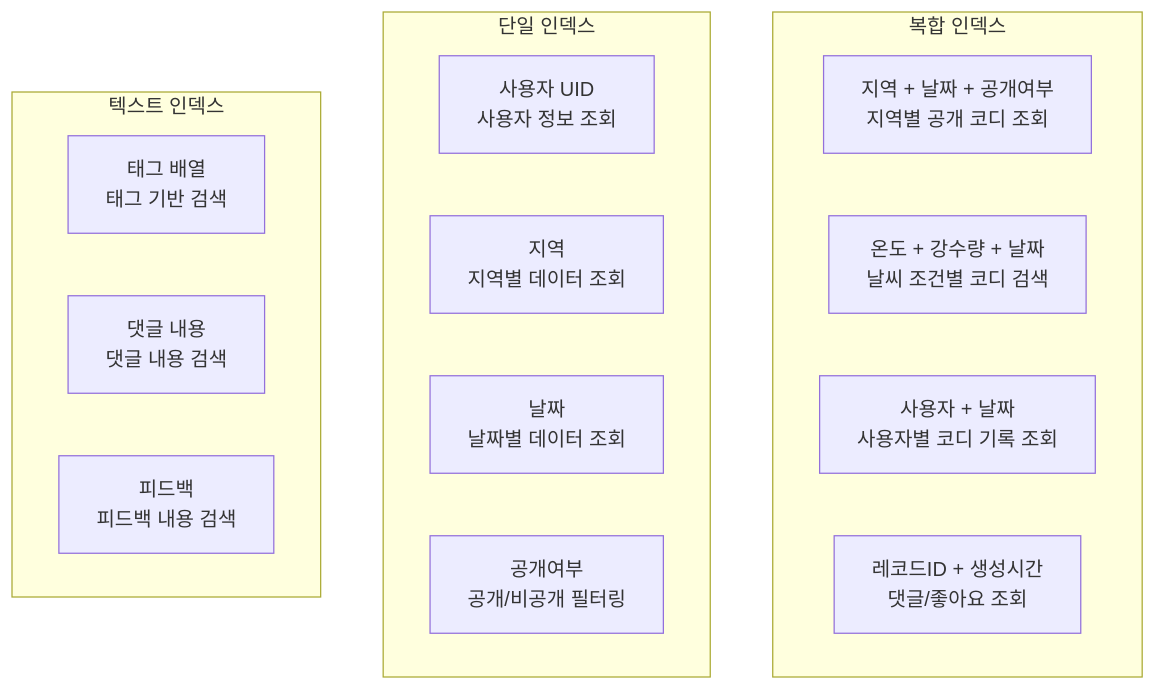
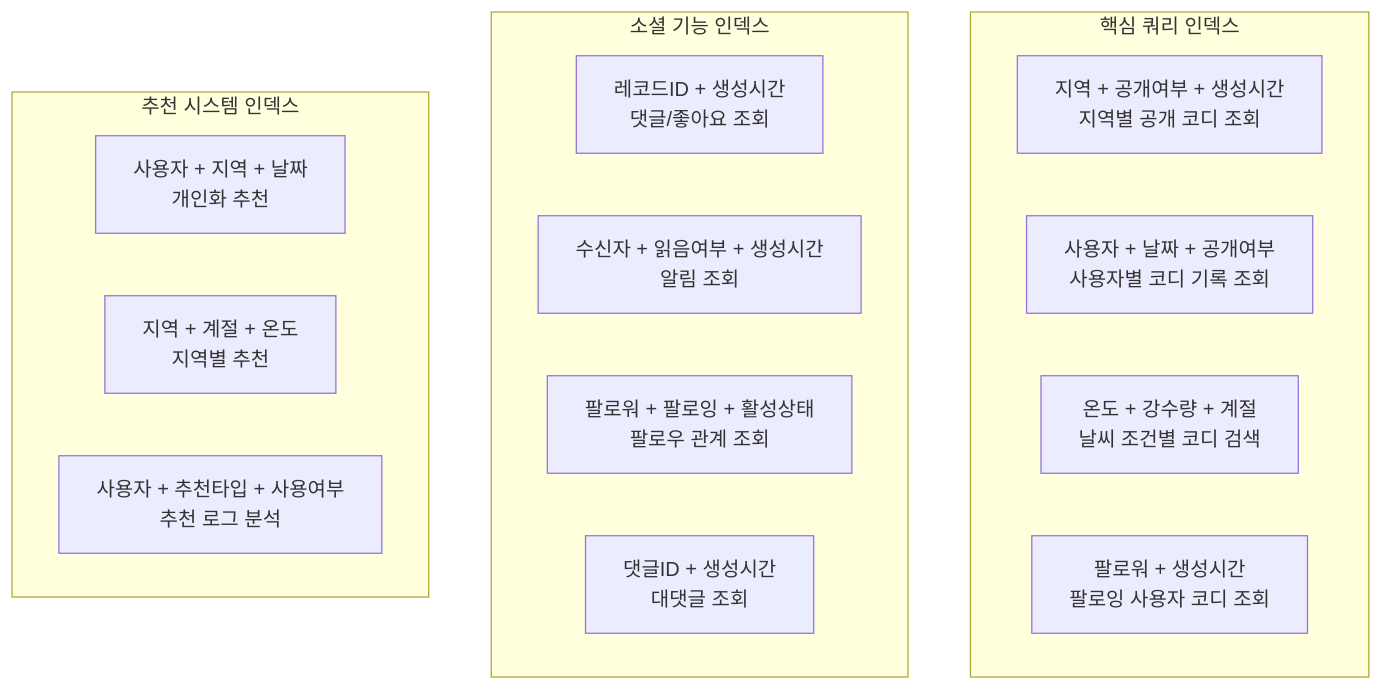
One commit to suengyeon/fitweather changed the sixth of 9 diagrams in ERD_Diagram.md. Above: the diagram before and after it, drawn with Mermaid. The commit also changed other lines of this file and 12 other files, not shown here.

````diff
--- a/ERD_Diagram.md
+++ b/ERD_Diagram.md
@@ -213,22 +270,22 @@
 ```mermaid
 graph TB
-    subgraph "복합 인덱스"
-        Index1[지역 + 날짜 + 공개여부<br/>지역별 공개 코디 조회]
-        Index2[온도 + 강수량 + 날짜<br/>날씨 조건별 코디 검색]
-        Index3[사용자 + 날짜<br/>사용자별 코디 기록 조회]
-        Index4[레코드ID + 생성시간<br/>댓글/좋아요 조회]
+    subgraph "핵심 쿼리 인덱스"
+        Index1[지역 + 공개여부 + 생성시간<br/>지역별 공개 코디 조회]
+        Index2[사용자 + 날짜 + 공개여부<br/>사용자별 코디 기록 조회]
+        Index3[온도 + 강수량 + 계절<br/>날씨 조건별 코디 검색]
+        Index4[팔로워 + 생성시간<br/>팔로잉 사용자 코디 조회]
     end
     
-    subgraph "단일 인덱스"
-        Index5[사용자 UID<br/>사용자 정보 조회]
-        Index6[지역<br/>지역별 데이터 조회]
-        Index7[날짜<br/>날짜별 데이터 조회]
-        Index8[공개여부<br/>공개/비공개 필터링]
+    subgraph "소셜 기능 인덱스"
+        Index5[레코드ID + 생성시간<br/>댓글/좋아요 조회]
+        Index6[수신자 + 읽음여부 + 생성시간<br/>알림 조회]
+        Index7[팔로워 + 팔로잉 + 활성상태<br/>팔로우 관계 조회]
+        Index8[댓글ID + 생성시간<br/>대댓글 조회]
     end
     
-    subgraph "텍스트 인덱스"
-        Index9[태그 배열<br/>태그 기반 검색]
-        Index10[댓글 내용<br/>댓글 내용 검색]
-        Index11[피드백<br/>피드백 내용 검색]
+    subgraph "추천 시스템 인덱스"
+        Index9[사용자 + 지역 + 날짜<br/>개인화 추천]
+        Index10[지역 + 계절 + 온도<br/>지역별 추천]
+        Index11[사용자 + 추천타입 + 사용여부<br/>추천 로그 분석]
     end
 ```
````
